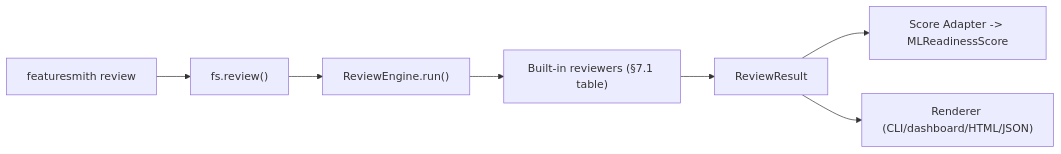
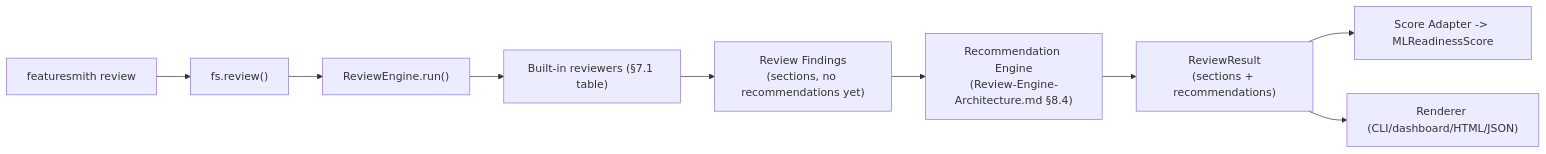
One commit to adityagangwani30/FeatureSmith changed the second of 2 diagrams in docs/features/Dataset-Review-PRD.md. Above: the diagram before and after it, drawn with Mermaid. The commit also changed other lines of this file and 13 other files, not shown here.

Commit message:
docs: synchronize architecture and implementation for v0.2.0

````diff
--- a/docs/features/Dataset-Review-PRD.md
+++ b/docs/features/Dataset-Review-PRD.md
@@ -99,9 +97,11 @@
 ```mermaid
 flowchart LR
     CLI["featuresmith review"] --> SDK["fs.review()"]
     SDK --> ENGINE["ReviewEngine.run()"]
     ENGINE --> REVIEWERS["Built-in reviewers (§7.1 table)"]
-    REVIEWERS --> RESULT["ReviewResult"]
+    REVIEWERS --> FINDINGS["Review Findings\n(sections, no recommendations yet)"]
+    FINDINGS --> REC["Recommendation Engine\n(Review-Engine-Architecture.md §8.4)"]
+    REC --> RESULT["ReviewResult\n(sections + recommendations)"]
     RESULT --> SCORE["Score Adapter -> MLReadinessScore"]
     RESULT --> RENDER["Renderer (CLI/dashboard/HTML/JSON)"]
 ```
````
